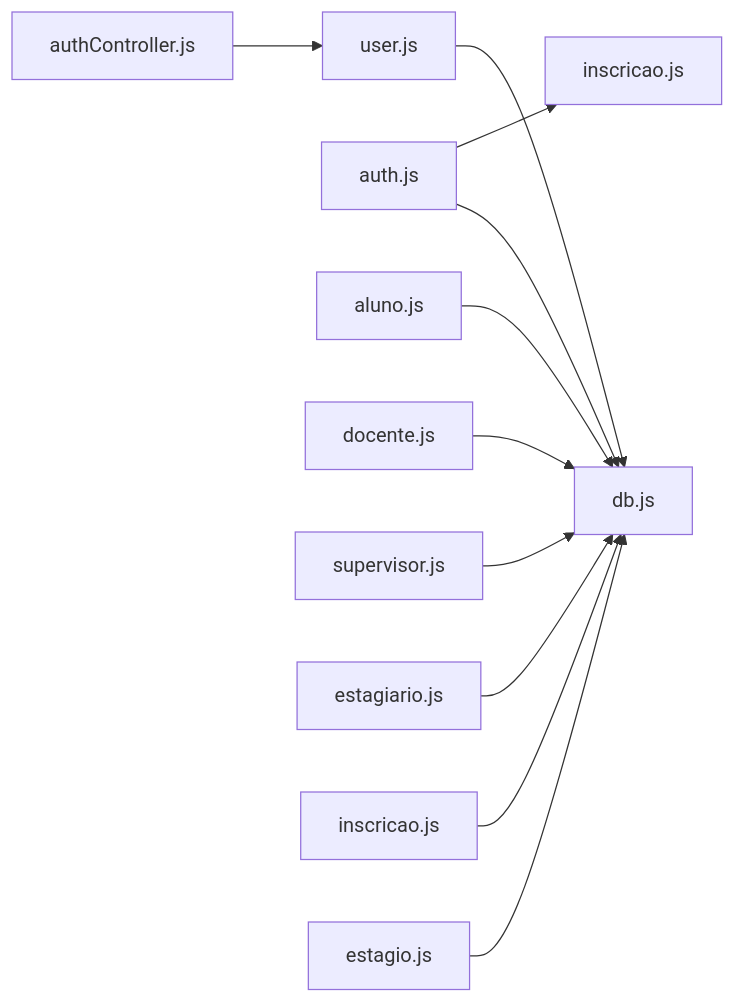
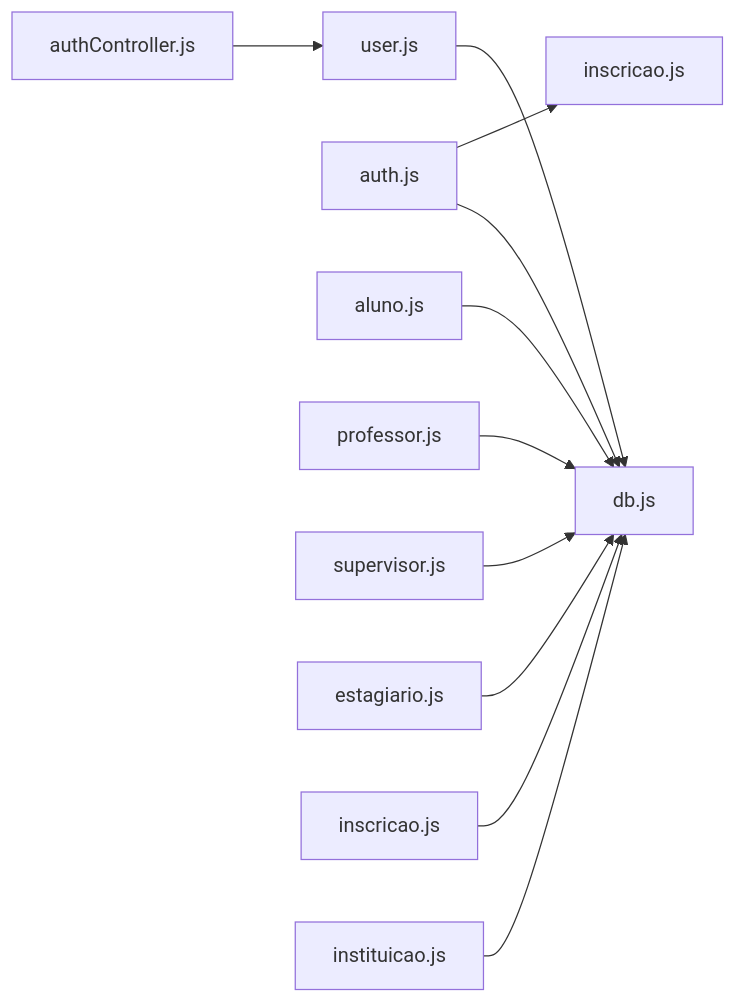
The eighth of 8 diagrams in .qoder/repowiki/en/content/Data Models & Database Design/Core Data Models.md (luiseduacosta/nodemural), drawn with Mermaid before and after one commit. The commit also changed other lines of this file and 25 other files, not shown here.

````diff
--- a/.qoder/repowiki/en/content/Data Models & Database Design/Core Data Models.md
+++ b/.qoder/repowiki/en/content/Data Models & Database Design/Core Data Models.md
@@ -500,13 +500,13 @@
 ```mermaid
 graph LR
 AC["authController.js"] --> UM["user.js"]
 UM --> DB["db.js"]
 AM["auth.js"] --> DB
 AM --> IC["inscricao.js"]
 AL["aluno.js"] --> DB
-DT["docente.js"] --> DB
+DT["professor.js"] --> DB
 SP["supervisor.js"] --> DB
 ES["estagiario.js"] --> DB
 IN["inscricao.js"] --> DB
-EG["estagio.js"] --> DB
+EG["instituicao.js"] --> DB
 ```
````
